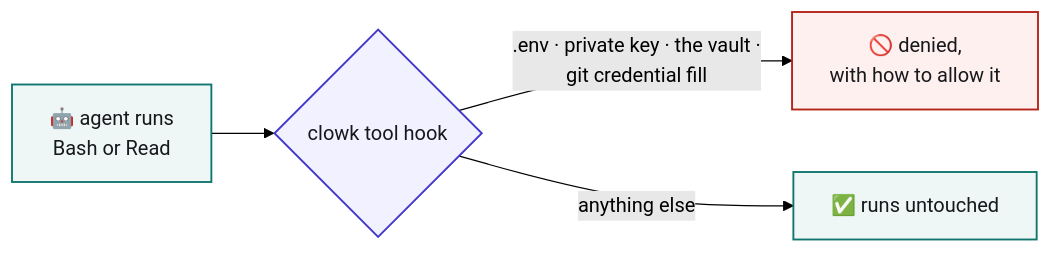
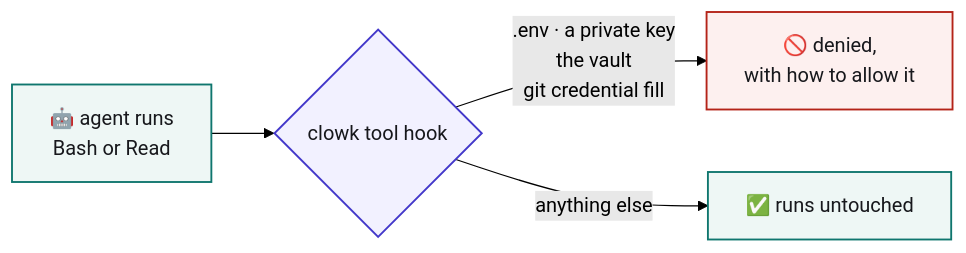
One commit to Aniumbott/clowk changed the third of 3 diagrams in README.md. Above: the diagram before and after it, drawn with Mermaid (forest theme). The commit also changed other lines of this file, not shown here.

First line of the commit message:
docs: lay the diagrams out for the width a README actually has

````diff
--- a/README.md
+++ b/README.md
@@ -190,15 +189,15 @@
 ```mermaid
 flowchart LR
     A["🤖 agent runs<br/>Bash or Read"]:::ref
     B{"clowk tool hook"}:::tool
     D["🚫 denied,<br/>with how to allow it"]:::blocked
     K["✅ runs untouched"]:::ref
 
     A --> B
-    B -->|".env · private key · the vault ·<br/>git credential fill"| D
+    B -->|".env · a private key<br/>the vault<br/>git credential fill"| D
     B -->|"anything else"| K
 
     classDef ref fill:#eef7f5,stroke:#0f766e,stroke-width:1.5px,color:#17181c
     classDef tool fill:#f2f1ff,stroke:#4338ca,stroke-width:1.5px,color:#17181c
     classDef blocked fill:#fdf0ef,stroke:#b42318,stroke-width:1.5px,color:#17181c
 ```
````
